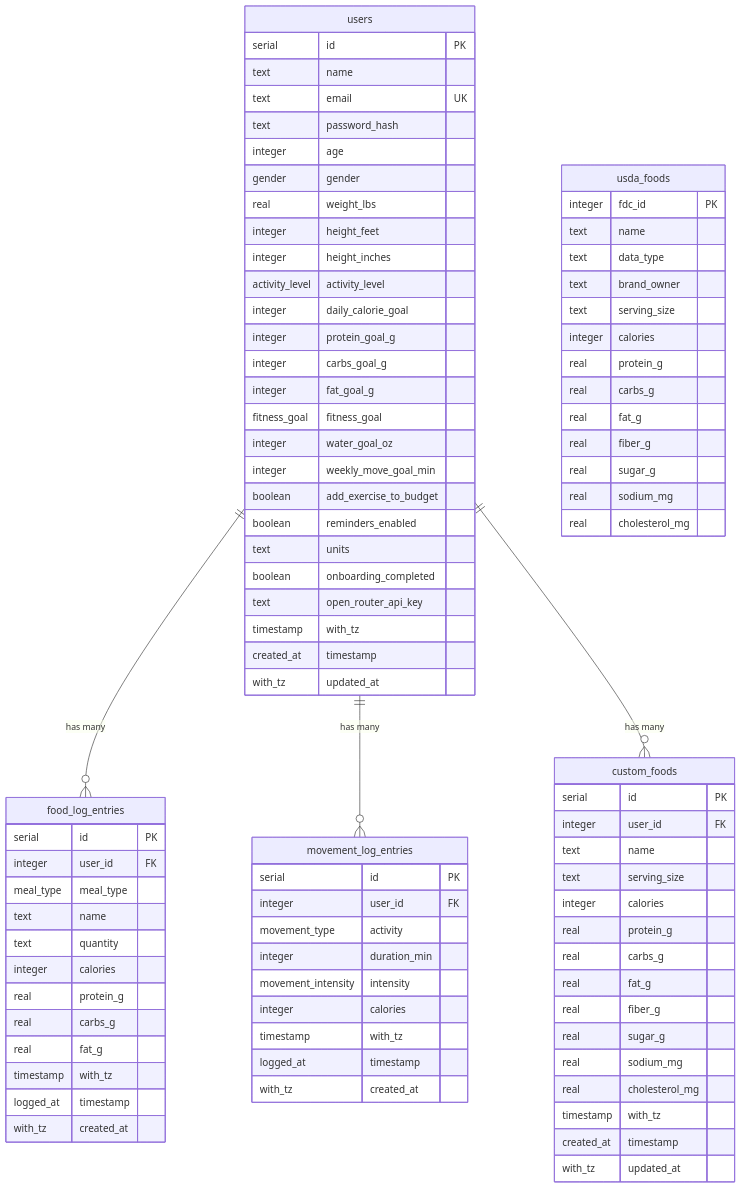
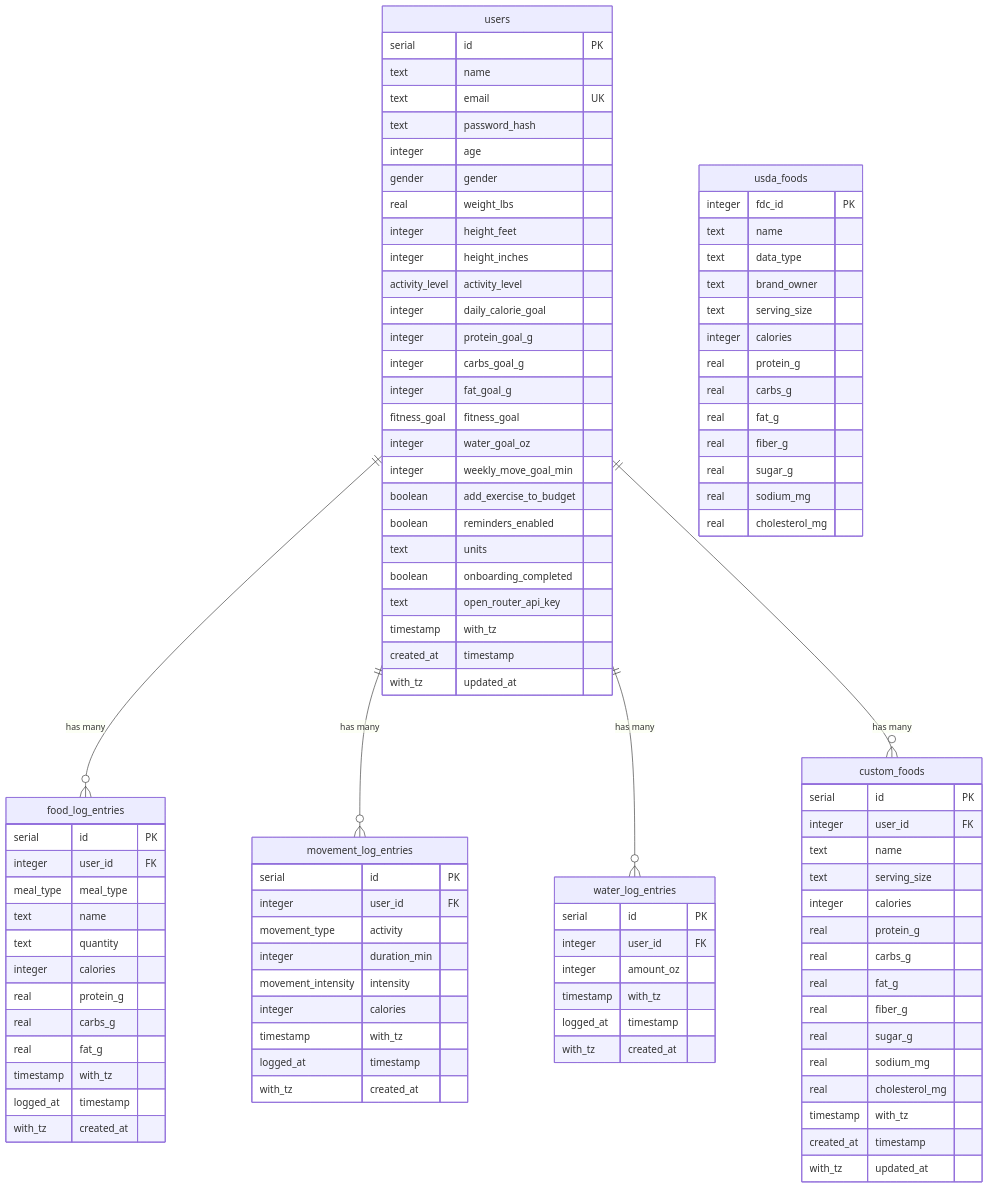
The diagram in PROJECT_STATUS.md (camman3d/sparknourish), drawn with Mermaid before and after one commit. The commit also changed other lines of this file and 23 other files, not shown here.

```diff
--- a/PROJECT_STATUS.md
+++ b/PROJECT_STATUS.md
@@ -187,6 +191,7 @@
 erDiagram
     users ||--o{ food_log_entries : "has many"
     users ||--o{ movement_log_entries : "has many"
+    users ||--o{ water_log_entries : "has many"
     users ||--o{ custom_foods : "has many"
 
     users {
@@ -241,6 +246,14 @@
         timestamp with_tz created_at
     }
 
+    water_log_entries {
+        serial id PK
+        integer user_id FK
+        integer amount_oz
+        timestamp with_tz logged_at
+        timestamp with_tz created_at
+    }
+
     custom_foods {
         serial id PK
         integer user_id FK
```
